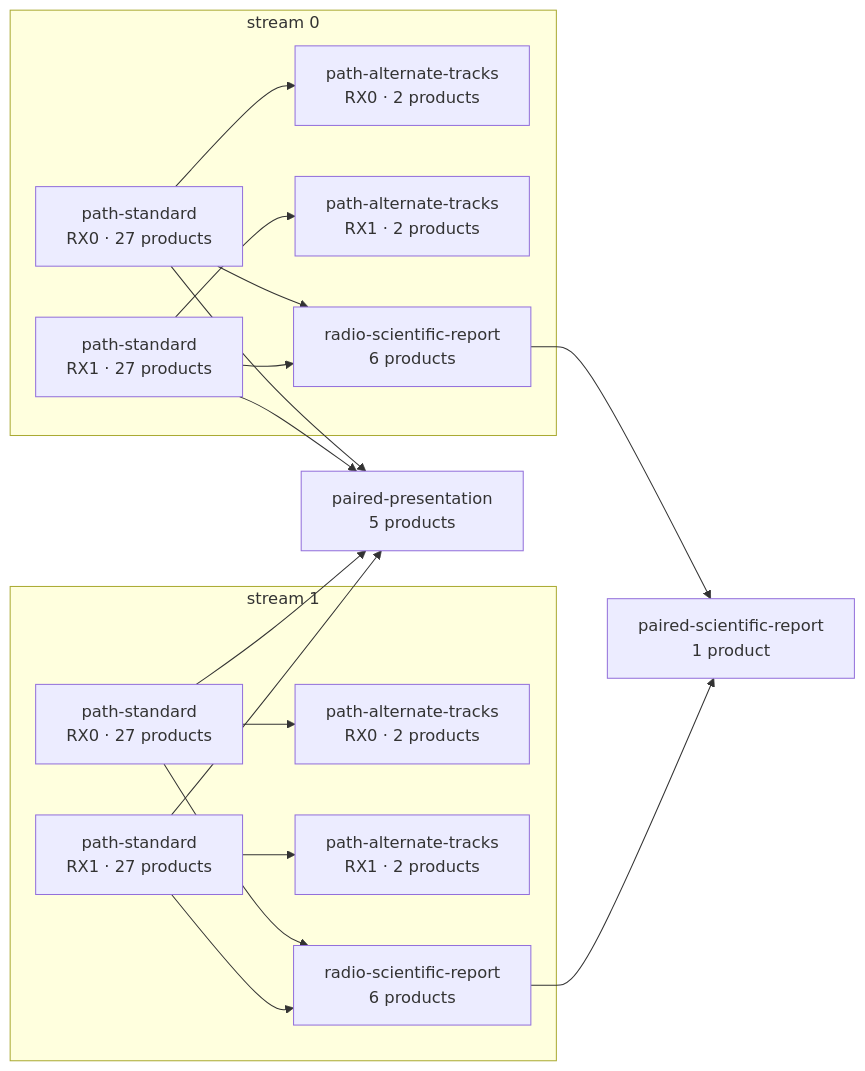
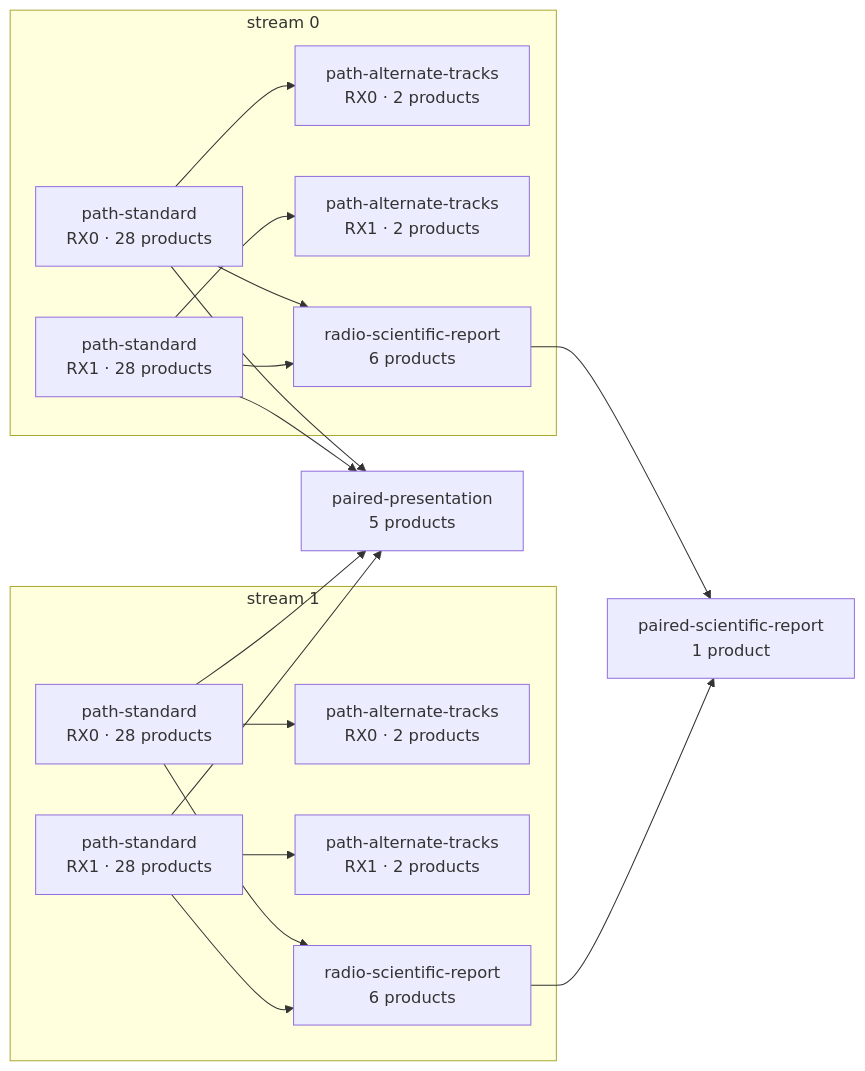
The first of 3 diagrams in docs/pipelines/standard-analysis.md (misko/leo-tracker-reduxredux), drawn with Mermaid before and after one commit. The commit also changed other lines of this file and 21 other files, not shown here.

````diff
--- a/docs/pipelines/standard-analysis.md
+++ b/docs/pipelines/standard-analysis.md
@@ -73,33 +73,33 @@
 ```mermaid
 flowchart LR
     subgraph P0[stream 0]
-        S00[path-standard<br/>RX0 · 27 products]
+        S00[path-standard<br/>RX0 · 28 products]
         A00[path-alternate-tracks<br/>RX0 · 2 products]
-        S01[path-standard<br/>RX1 · 27 products]
+        S01[path-standard<br/>RX1 · 28 products]
         A01[path-alternate-tracks<br/>RX1 · 2 products]
         R0[radio-scientific-report<br/>6 products]
         S00 --> A00
         S01 --> A01
         S00 --> R0
         S01 --> R0
     end
     subgraph P1[stream 1]
-        S10[path-standard<br/>RX0 · 27 products]
+        S10[path-standard<br/>RX0 · 28 products]
         A10[path-alternate-tracks<br/>RX0 · 2 products]
-        S11[path-standard<br/>RX1 · 27 products]
+        S11[path-standard<br/>RX1 · 28 products]
         A11[path-alternate-tracks<br/>RX1 · 2 products]
         R1[radio-scientific-report<br/>6 products]
         S10 --> A10
         S11 --> A11
         S10 --> R1
         S11 --> R1
     end
     PR[paired-scientific-report<br/>1 product]
     PP[paired-presentation<br/>5 products]
     R0 --> PR
     R1 --> PR
     S00 --> PP
     S01 --> PP
     S10 --> PP
     S11 --> PP
 ```
````
